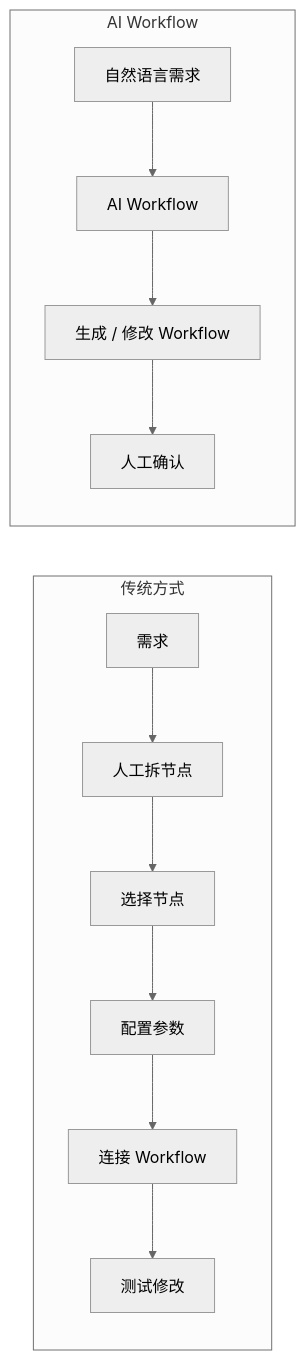
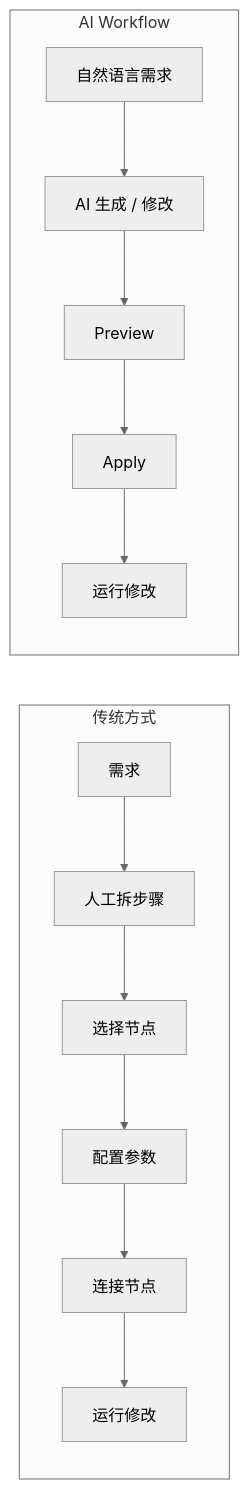
Before and after one commit to sgfd-ui/internship: the first of 12 diagrams in weekly-report/dify-1.17-core-capabilities-research.md, drawn with Mermaid (neutral theme). The commit also changed other lines of this file, not shown here.

````diff
--- a/weekly-report/dify-1.17-core-capabilities-research.md
+++ b/weekly-report/dify-1.17-core-capabilities-research.md
@@ -52,16 +58,17 @@
 ```mermaid
 flowchart LR
-    subgraph Before[传统方式]
-        A1[需求] --> A2[人工拆节点]
+    subgraph Traditional[传统方式]
+        A1[需求] --> A2[人工拆步骤]
         A2 --> A3[选择节点]
         A3 --> A4[配置参数]
-        A4 --> A5[连接 Workflow]
-        A5 --> A6[测试修改]
+        A4 --> A5[连接节点]
+        A5 --> A6[运行修改]
     end
 
-    subgraph After[AI Workflow]
-        B1[自然语言需求] --> B2[AI Workflow]
-        B2 --> B3[生成 / 修改 Workflow]
-        B3 --> B4[人工确认]
+    subgraph AI[AI Workflow]
+        B1[自然语言需求] --> B2[AI 生成 / 修改]
+        B2 --> B3[Preview]
+        B3 --> B4[Apply]
+        B4 --> B5[运行修改]
     end
 ```
````
